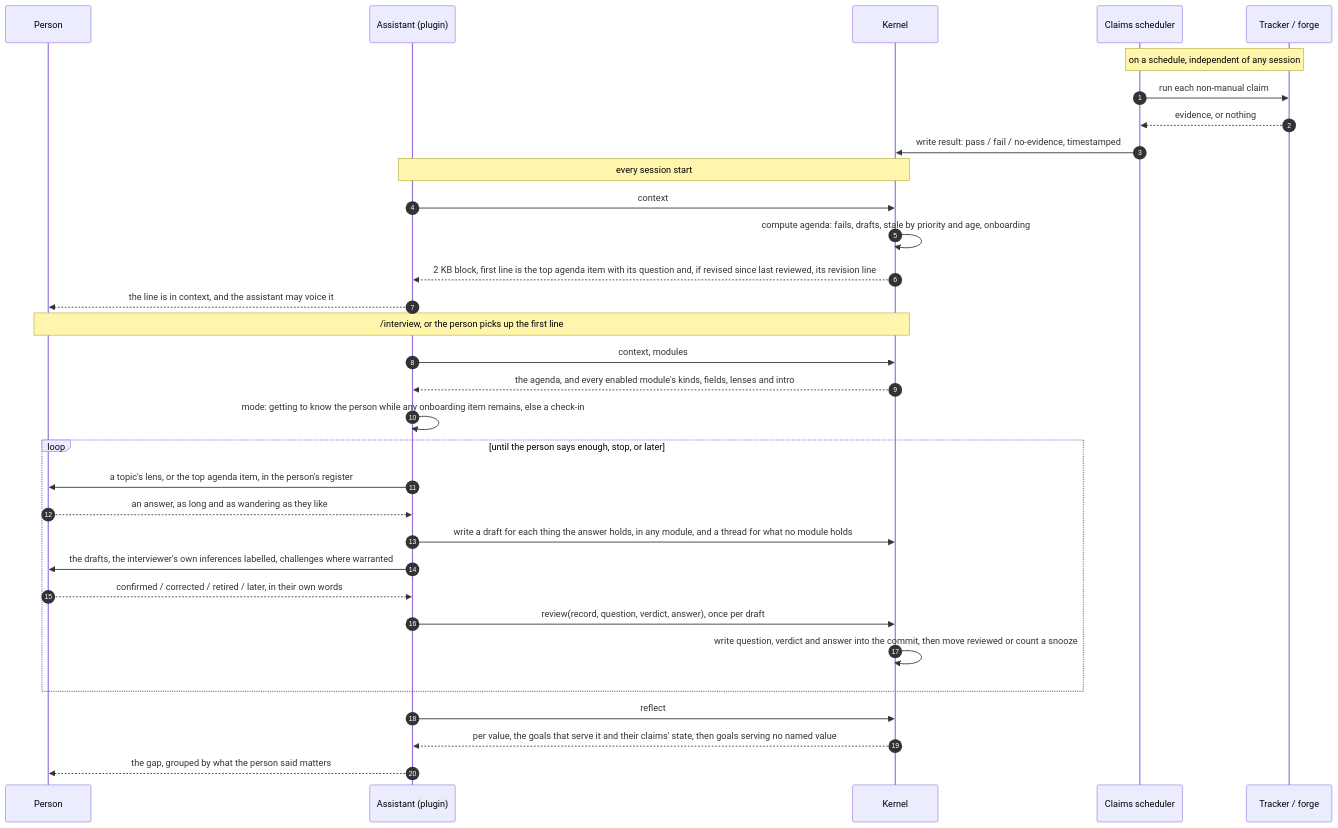
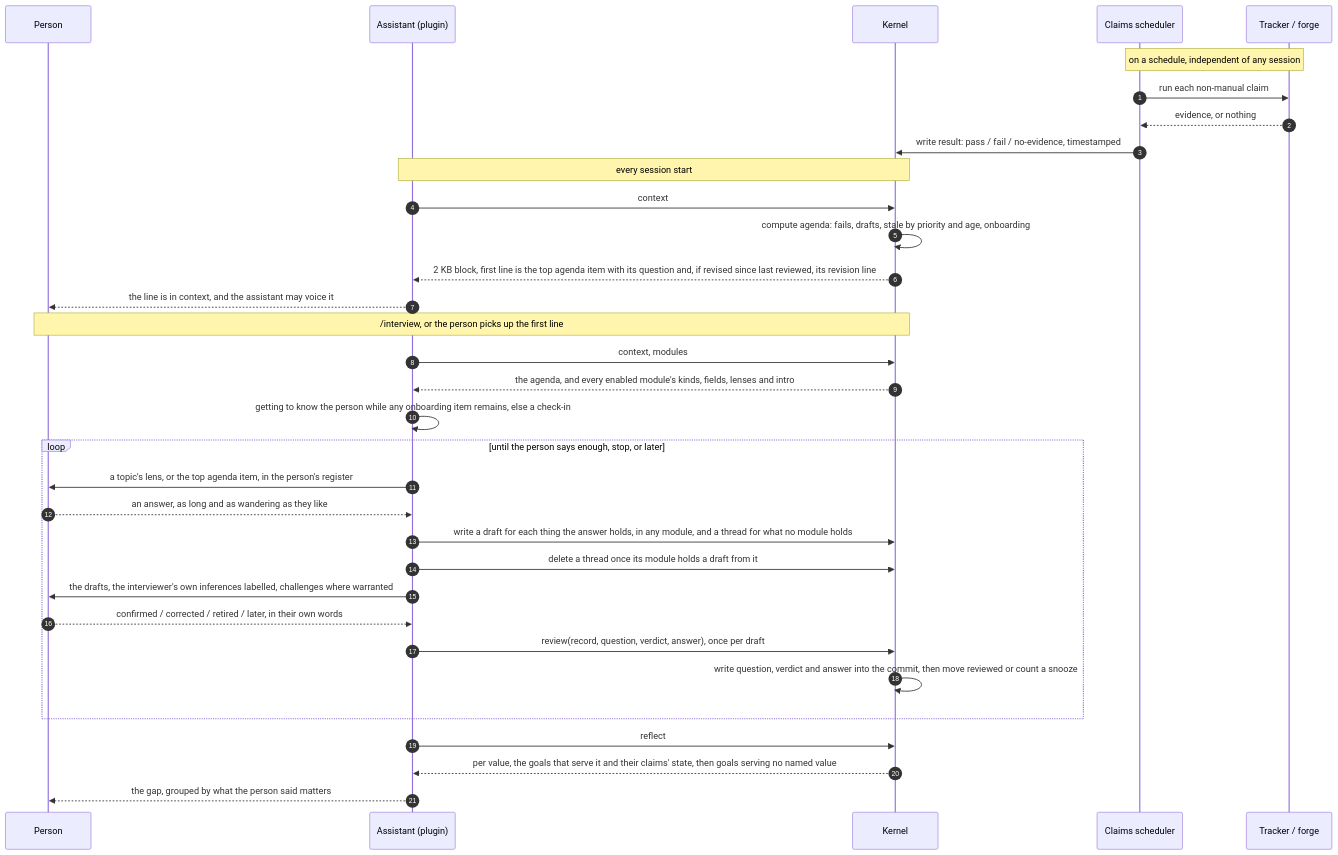
Before and after one commit to allanschon/brabeus: the fourth of 4 diagrams in docs/personal-context-system-c4.md, drawn with Mermaid. The commit also changed 1 other file, not shown here.

Commit message:
Settle three spec questions the DDD pass raised
A thread ends by deletion, once the module it names holds at least a
draft developed from it; nothing else ends one, so a thread naming a
module that is not enabled stays on file. "Retires" implied a review
verdict on a working-memory record.

The modules tool lists to a caller only the modules it may read, as
every other path that names a module already does (§11).

The interview runs in two ways, not two modes: mode is the name the
glossary settled for a profile.

````diff
--- a/docs/personal-context-system-c4.md
+++ b/docs/personal-context-system-c4.md
@@ -200,38 +200,39 @@
 ```mermaid
 sequenceDiagram
     autonumber
     participant P as Person
     participant A as Assistant (plugin)
     participant K as Kernel
     participant S as Claims scheduler
     participant T as Tracker / forge
 
     Note over S,T: on a schedule, independent of any session
     S->>T: run each non-manual claim
     T-->>S: evidence, or nothing
     S->>K: write result: pass / fail / no-evidence, timestamped
 
     Note over A,K: every session start
     A->>K: context
     K->>K: compute agenda: fails, drafts, stale by priority and age, onboarding
     K-->>A: 2 KB block, first line is the top agenda item with its question and, if revised since last reviewed, its revision line
     A-->>P: the line is in context, and the assistant may voice it
 
     Note over P,K: /interview, or the person picks up the first line
     A->>K: context, modules
     K-->>A: the agenda, and every enabled module's kinds, fields, lenses and intro
-    A->>A: mode: getting to know the person while any onboarding item remains, else a check-in
+    A->>A: getting to know the person while any onboarding item remains, else a check-in
     loop until the person says enough, stop, or later
         A->>P: a topic's lens, or the top agenda item, in the person's register
         P-->>A: an answer, as long and as wandering as they like
         A->>K: write a draft for each thing the answer holds, in any module, and a thread for what no module holds
+        A->>K: delete a thread once its module holds a draft from it
         A->>P: the drafts, the interviewer's own inferences labelled, challenges where warranted
         P-->>A: confirmed / corrected / retired / later, in their own words
         A->>K: review(record, question, verdict, answer), once per draft
         K->>K: write question, verdict and answer into the commit, then move reviewed or count a snooze
     end
 
     A->>K: reflect
     K-->>A: per value, the goals that serve it and their claims' state, then goals serving no named value
     A-->>P: the gap, grouped by what the person said matters
 ```
````
